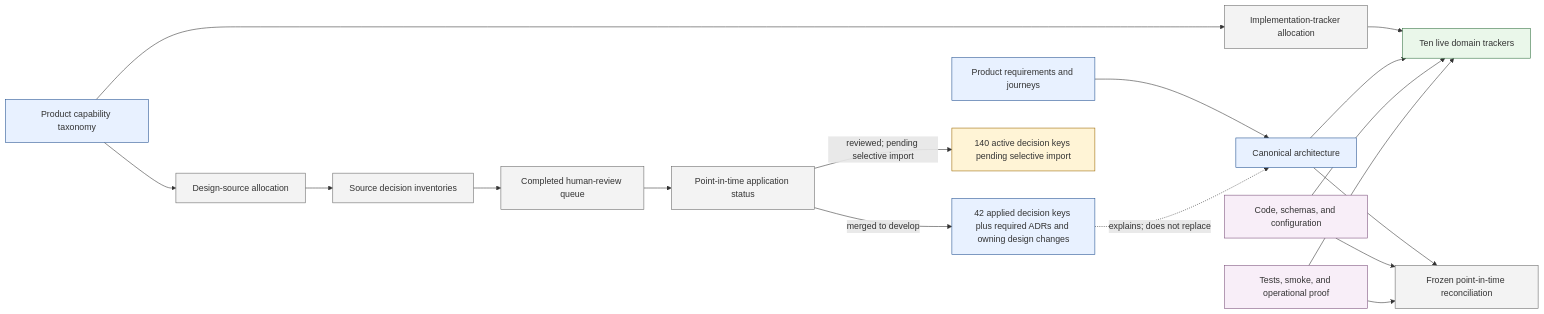
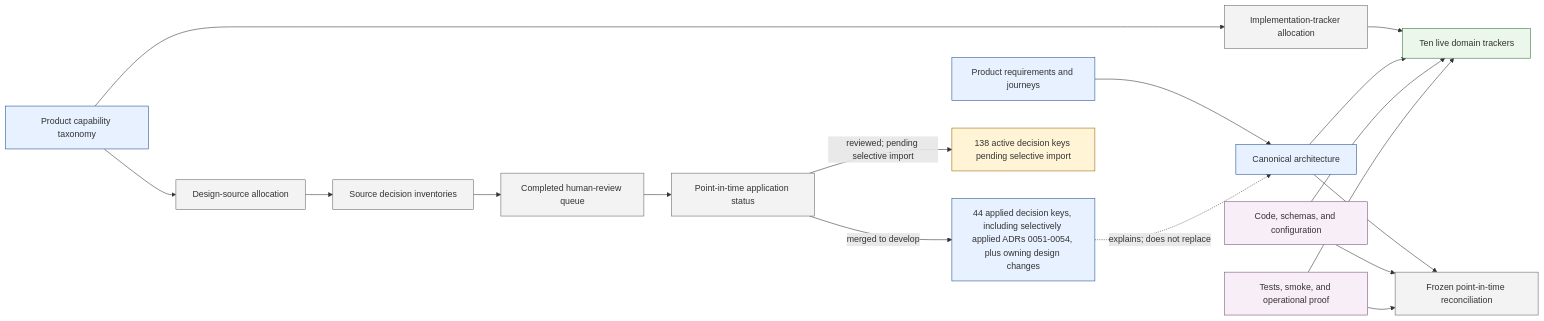
The diagram in design/project-management/design-alignment/README.md (benhook1013/FireMUD), drawn with Mermaid before and after one commit. The commit also changed other lines of this file and 36 other files, not shown here.

````diff
--- a/design/project-management/design-alignment/README.md
+++ b/design/project-management/design-alignment/README.md
@@ -27,27 +27,27 @@
 ```mermaid
 flowchart LR
     PRODUCT[Product requirements and journeys]:::canonical --> ARCH[Canonical architecture]:::canonical
     TAXONOMY[Product capability taxonomy]:::canonical --> DESIGN_ALLOC[Design-source allocation]:::alignment
     DESIGN_ALLOC --> SOURCE_INV[Source decision inventories]:::alignment
     SOURCE_INV --> HUMAN_QUEUE[Completed human-review queue]:::alignment
     HUMAN_QUEUE --> APPLY[Point-in-time application status]:::alignment
-    APPLY -->|merged to develop| ADRS[42 applied decision keys plus required ADRs and owning design changes]:::canonical
+    APPLY -->|merged to develop| ADRS[44 applied decision keys, including selectively applied ADRs 0051-0054, plus owning design changes]:::canonical
     ADRS -. explains; does not replace .-> ARCH
-    APPLY -->|reviewed; pending selective import| PENDING[140 active decision keys pending selective import]:::pending
+    APPLY -->|reviewed; pending selective import| PENDING[138 active decision keys pending selective import]:::pending
 
     TAXONOMY --> TRACKER_ALLOC[Implementation-tracker allocation]:::alignment
     TRACKER_ALLOC --> TRACKERS[Ten live domain trackers]:::status
     ARCH --> TRACKERS
     CODE[Code, schemas, and configuration]:::evidence --> TRACKERS
     PROOF[Tests, smoke, and operational proof]:::evidence --> TRACKERS
 
     ARCH --> RECON[Frozen point-in-time reconciliation]:::alignment
     CODE --> RECON
     PROOF --> RECON
 
     classDef canonical fill:#e8f1ff,stroke:#1f4f8f
     classDef alignment fill:#f3f3f3,stroke:#666
     classDef pending fill:#fff4d6,stroke:#9a6700
     classDef status fill:#eaf7ea,stroke:#2f6f3e
     classDef evidence fill:#f8eef8,stroke:#7a4e7a
 ```
````
